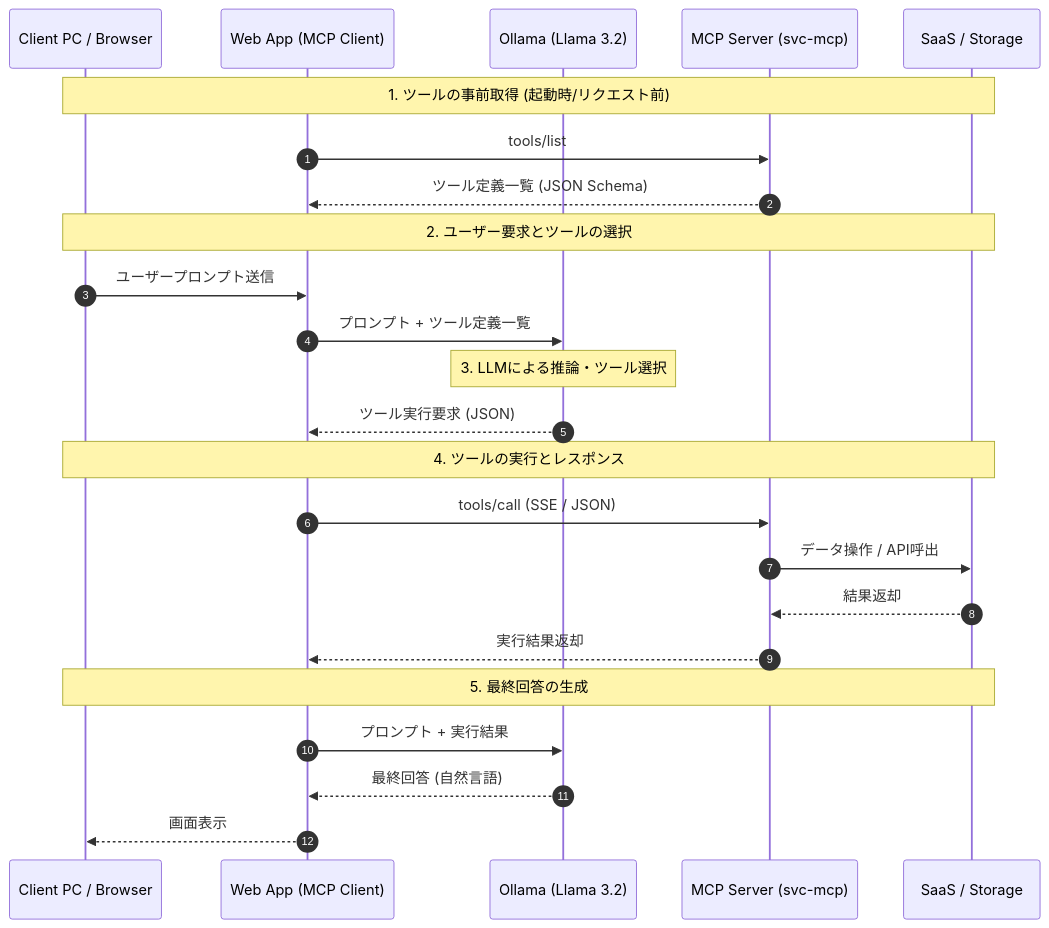
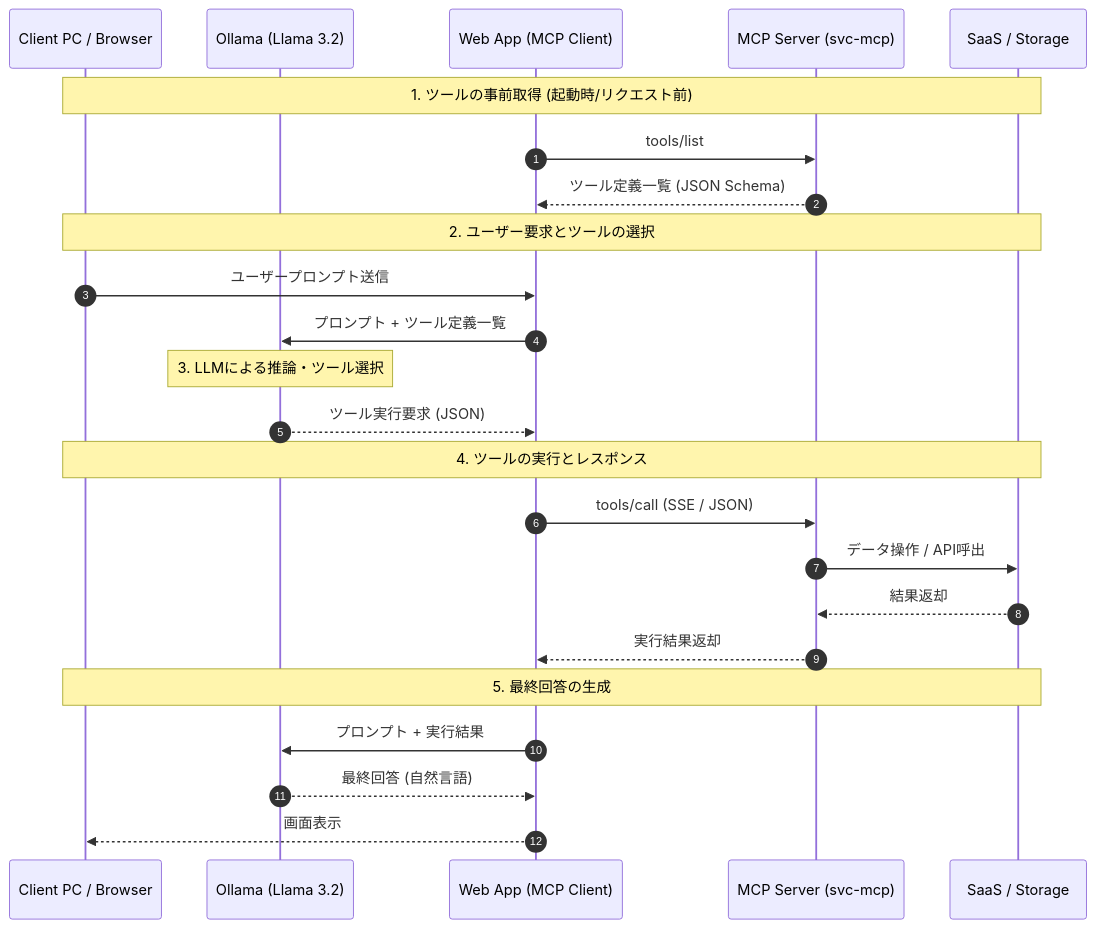
One commit to developer-onizuka/strands-agents-mcp changed the diagram in README.md. Above: the diagram before and after it, drawn with Mermaid. The commit also changed other lines of this file, not shown here.

````diff
--- a/README.md
+++ b/README.md
@@ -50,30 +50,30 @@
 ```mermaid
 sequenceDiagram
     autonumber
     participant Client as Client PC / Browser
+    participant LLM as Ollama (Llama 3.2)
     participant WebApp as Web App (MCP Client)
-    participant LLM as Ollama (Llama 3.2)
     participant MCPServer as MCP Server (svc-mcp)
     participant External as SaaS / Storage
 
     Note over Client,External: 1. ツールの事前取得 (起動時/リクエスト前)
     WebApp->>MCPServer: tools/list
     MCPServer-->>WebApp: ツール定義一覧 (JSON Schema)
 
     Note over Client,External: 2. ユーザー要求とツールの選択
     Client->>WebApp: ユーザープロンプト送信
     WebApp->>LLM: プロンプト + ツール定義一覧
     Note over LLM: 3. LLMによる推論・ツール選択
     LLM-->>WebApp: ツール実行要求 (JSON)
 
     Note over Client,External: 4. ツールの実行とレスポンス
     WebApp->>MCPServer: tools/call (SSE / JSON)
     MCPServer->>External: データ操作 / API呼出
     External-->>MCPServer: 結果返却
     MCPServer-->>WebApp: 実行結果返却
 
     Note over Client,External: 5. 最終回答の生成
     WebApp->>LLM: プロンプト + 実行結果
     LLM-->>WebApp: 最終回答 (自然言語)
     WebApp-->>Client: 画面表示
 ```
````
